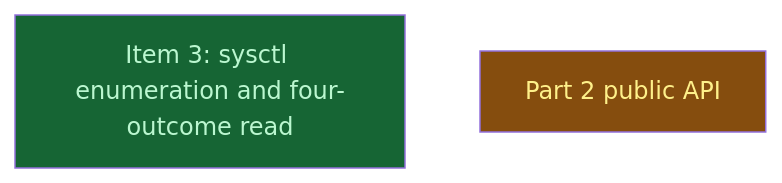
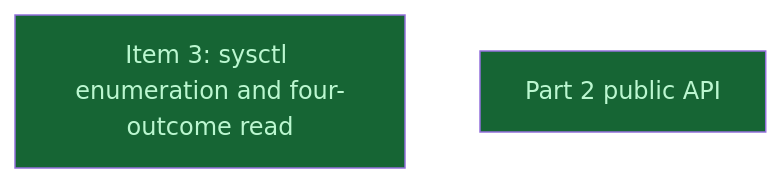
One commit to LittleCoinCoin/hypomnesis changed the diagram in __roadmap__/v0214-sandbox/part1/close/part2/README.md. Above: the diagram before and after it, drawn with Mermaid. The commit also changed other lines of this file and 5 other files, not shown here.

First line of the commit message:
docs(roadmap): PR C is ready for review; part2, close and part1 are done

````diff
--- a/__roadmap__/v0214-sandbox/part1/close/part2/README.md
+++ b/__roadmap__/v0214-sandbox/part1/close/part2/README.md
@@ -23,10 +23,10 @@
 ```mermaid
 graph TD
     kinfo_enumeration[Item 3: sysctl enumeration and four-outcome read]:::done
-    api[Part 2 public API]:::inprogress
+    api[Part 2 public API]:::done
     classDef done       fill:#166534,color:#bbf7d0
     classDef inprogress fill:#854d0e,color:#fef08a
     classDef planned    fill:#374151,color:#e5e7eb
     classDef amendment  fill:#1e3a5f,color:#bfdbfe
     classDef blocked    fill:#7f1d1d,color:#fecaca
 ```
````
